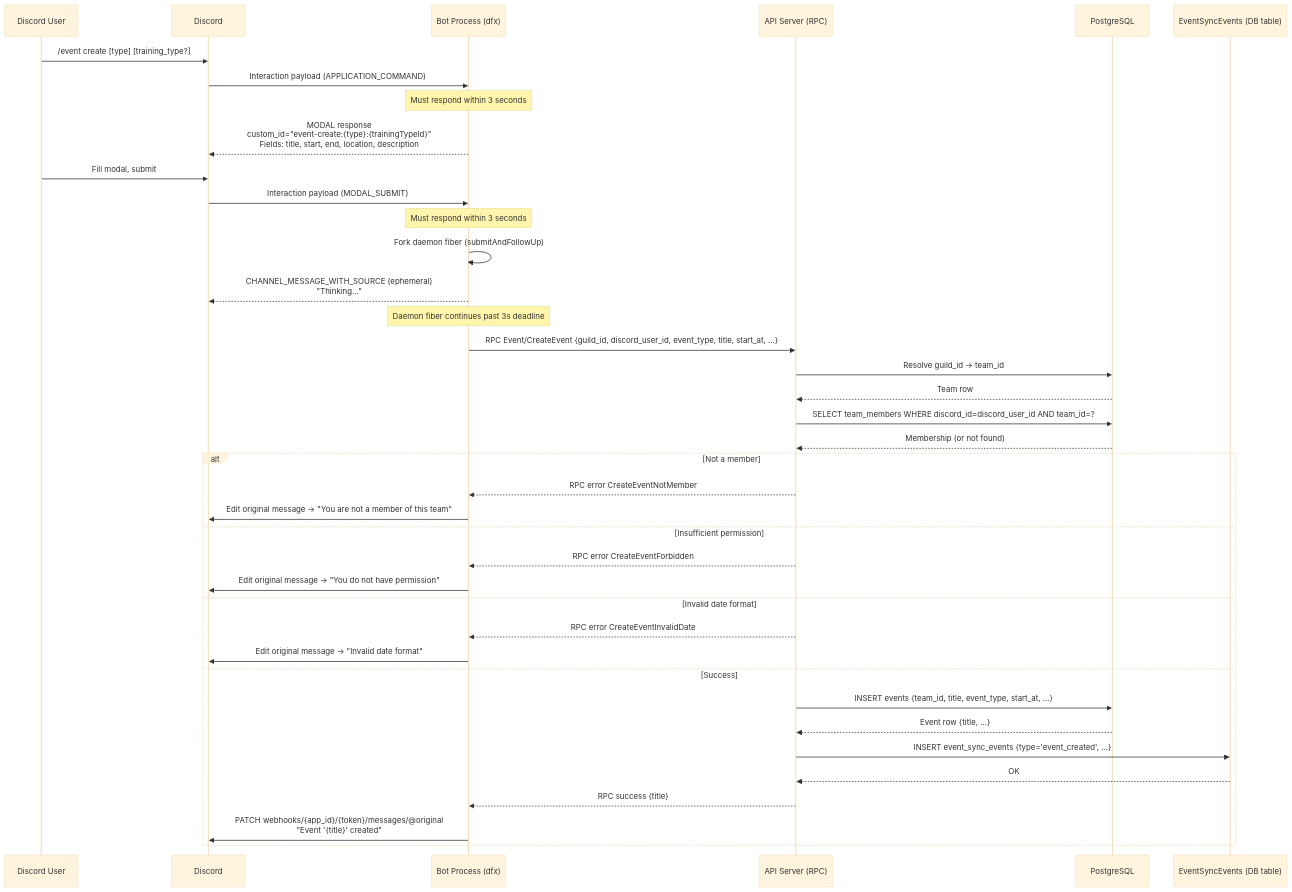
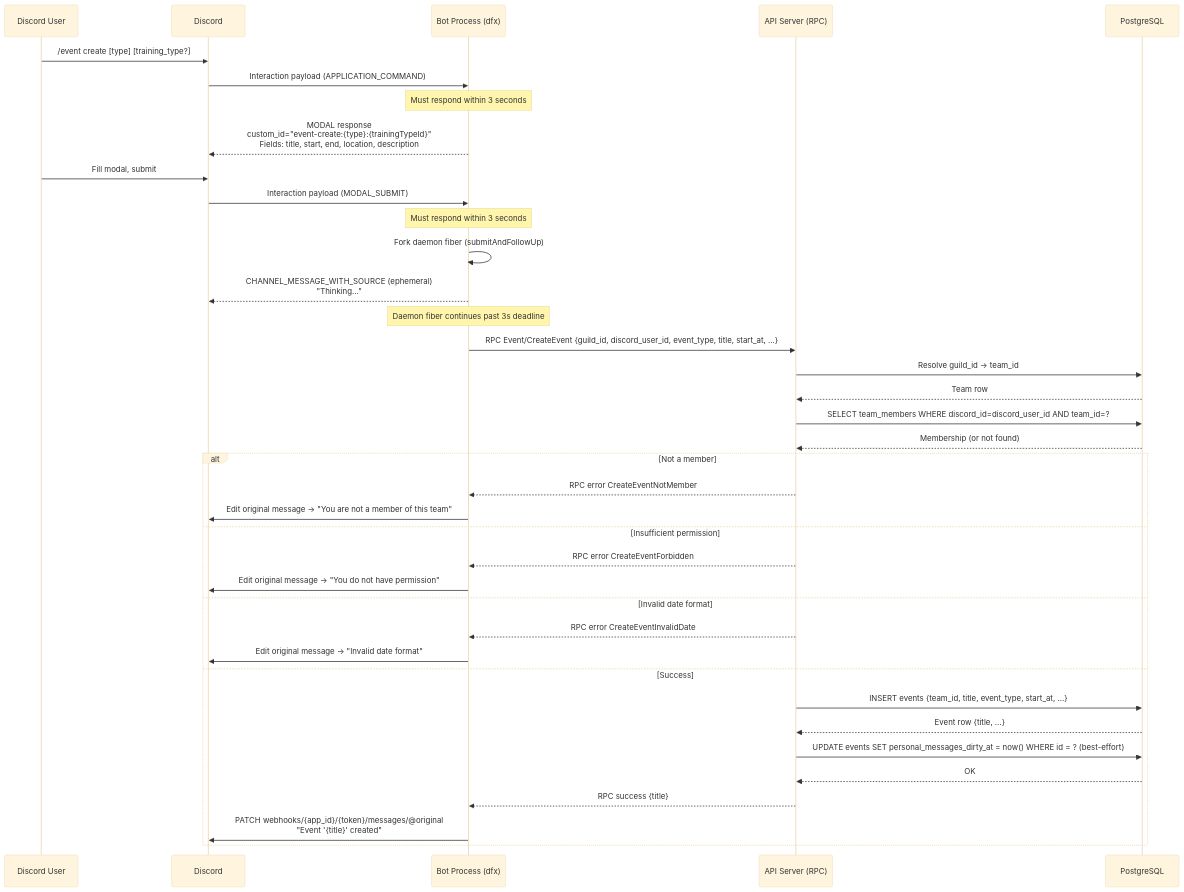
Before and after one commit to maxa-ondrej/sideline: the third of 12 diagrams in docs/thesis/sequence-diagrams.md, drawn with Mermaid (base theme). The commit also changed other lines of this file and 55 other files, not shown here.

````diff
--- a/docs/thesis/sequence-diagrams.md
+++ b/docs/thesis/sequence-diagrams.md
@@ -135,52 +131,51 @@
 ```mermaid
 sequenceDiagram
     participant User as Discord User
     participant Discord
     participant Bot as Bot Process (dfx)
     participant Server as API Server (RPC)
     participant DB as PostgreSQL
-    participant Queue as EventSyncEvents (DB table)
 
     User->>Discord: /event create [type] [training_type?]
     Discord->>Bot: Interaction payload (APPLICATION_COMMAND)
 
     Note over Bot: Must respond within 3 seconds
     Bot-->>Discord: MODAL response<br/>custom_id="event-create:{type}:{trainingTypeId}"<br/>Fields: title, start, end, location, description
 
     User->>Discord: Fill modal, submit
     Discord->>Bot: Interaction payload (MODAL_SUBMIT)
 
     Note over Bot: Must respond within 3 seconds
     Bot->>Bot: Fork daemon fiber (submitAndFollowUp)
     Bot-->>Discord: CHANNEL_MESSAGE_WITH_SOURCE (ephemeral)<br/>"Thinking..."
 
     Note over Bot: Daemon fiber continues past 3s deadline
 
     Bot->>Server: RPC Event/CreateEvent {guild_id, discord_user_id, event_type, title, start_at, ...}
 
     Server->>DB: Resolve guild_id → team_id
     DB-->>Server: Team row
 
     Server->>DB: SELECT team_members WHERE discord_id=discord_user_id AND team_id=?
     DB-->>Server: Membership (or not found)
 
     alt Not a member
         Server-->>Bot: RPC error CreateEventNotMember
         Bot->>Discord: Edit original message → "You are not a member of this team"
     else Insufficient permission
         Server-->>Bot: RPC error CreateEventForbidden
         Bot->>Discord: Edit original message → "You do not have permission"
     else Invalid date format
         Server-->>Bot: RPC error CreateEventInvalidDate
         Bot->>Discord: Edit original message → "Invalid date format"
     else Success
         Server->>DB: INSERT events {team_id, title, event_type, start_at, ...}
         DB-->>Server: Event row {title, ...}
 
-        Server->>Queue: INSERT event_sync_events {type='event_created', ...}
-        Queue-->>Server: OK
+        Server->>DB: UPDATE events SET personal_messages_dirty_at = now() WHERE id = ? (best-effort)
+        DB-->>Server: OK
 
         Server-->>Bot: RPC success {title}
         Bot->>Discord: PATCH webhooks/{app_id}/{token}/messages/@original<br/>"Event '{title}' created"
     end
 ```
````
